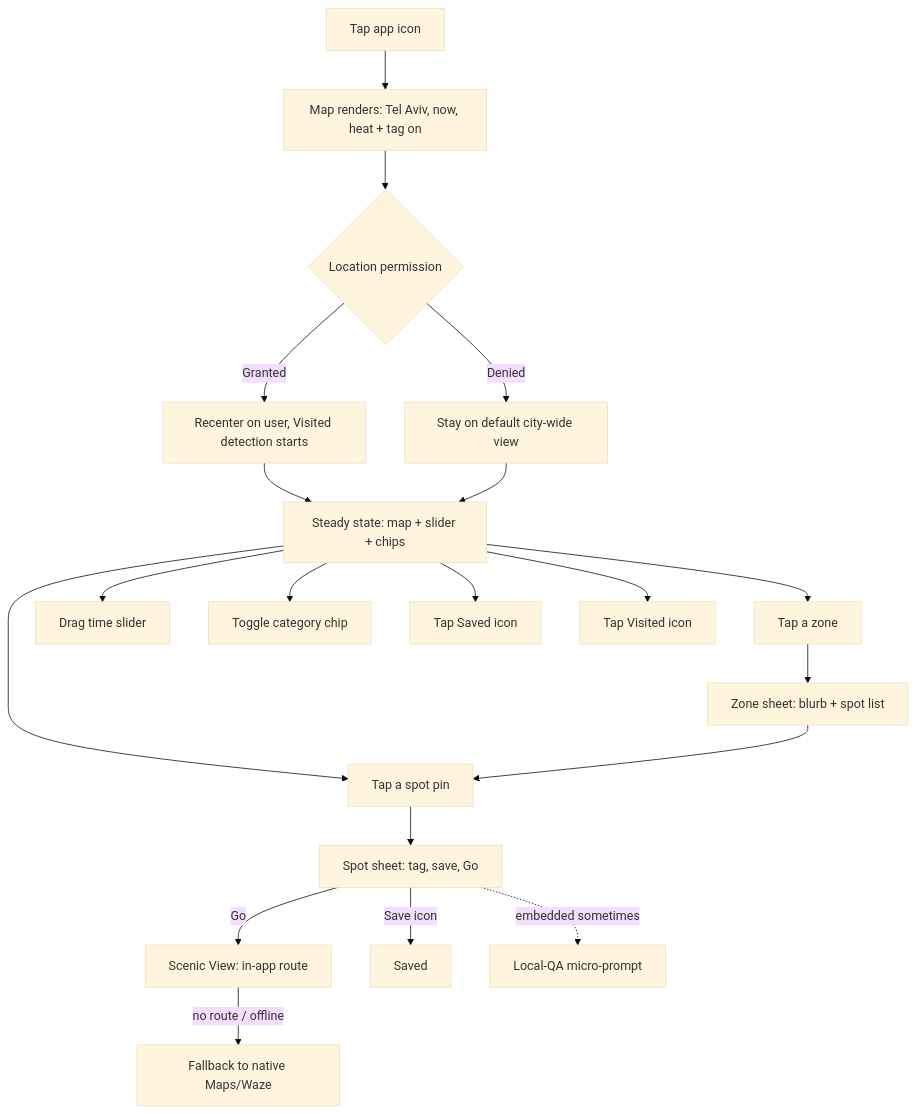
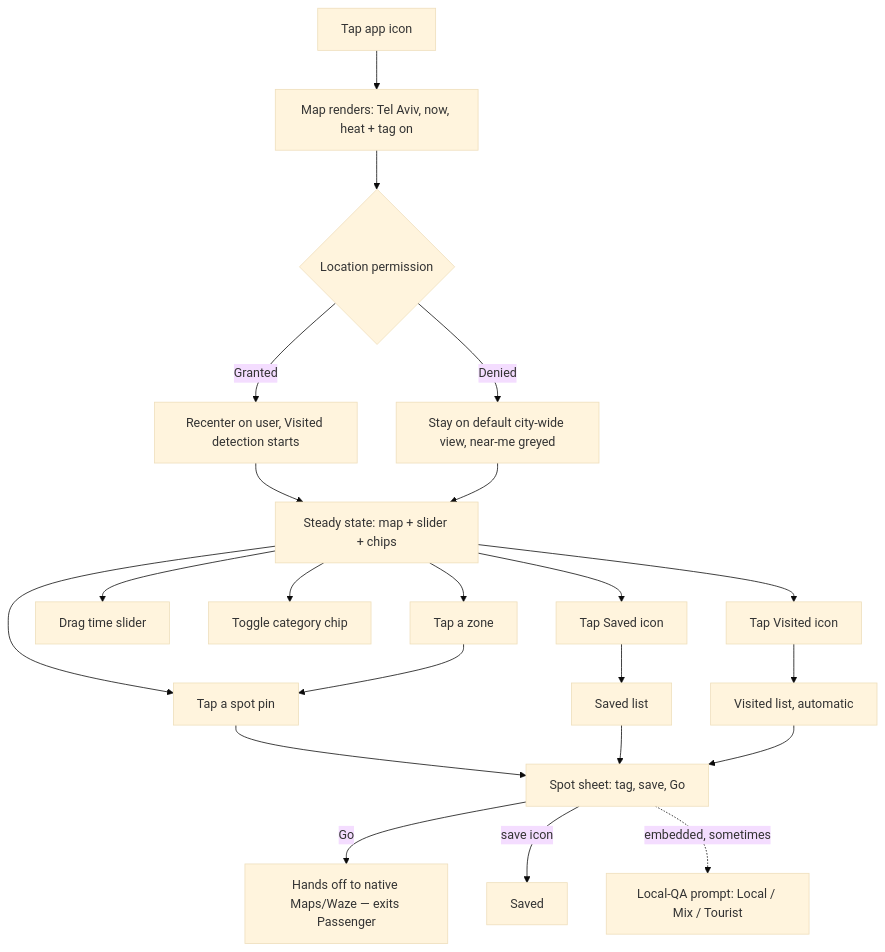
Before and after one commit to AviranGrisaro/passenger-brain: the first of 2 diagrams in design/ux-flows.md, drawn with Mermaid (base theme). The commit also changed other lines of this file and 1 other file, not shown here.

First line of the commit message:
docs: resolve UX flows conflict, restructure around end-to-end journeys

````diff
--- a/design/ux-flows.md
+++ b/design/ux-flows.md
@@ -166,22 +181,22 @@
 ```mermaid
 flowchart TD
     A[Tap app icon] --> B[Map renders: Tel Aviv, now, heat + tag on]
     B --> C{Location permission}
     C -->|Granted| D[Recenter on user, Visited detection starts]
-    C -->|Denied| E[Stay on default city-wide view]
+    C -->|Denied| E[Stay on default city-wide view, near-me greyed]
     D --> F[Steady state: map + slider + chips]
     E --> F
     F --> G[Tap a zone]
     F --> H[Tap a spot pin]
     F --> I[Drag time slider]
     F --> J[Toggle category chip]
     F --> K[Tap Saved icon]
     F --> L[Tap Visited icon]
-    G --> M[Zone sheet: blurb + spot list]
-    M --> H
-    H --> N[Spot sheet: tag, save, Go]
-    N -->|Go| O[Scenic View: in-app route]
-    N -->|Save icon| P[Saved]
-    O -->|no route / offline| Q[Fallback to native Maps/Waze]
-    N -.embedded sometimes.-> R[Local-QA micro-prompt]
+    G --> H
+    H --> M[Spot sheet: tag, save, Go]
+    M -->|Go| N[Hands off to native Maps/Waze — exits Passenger]
+    M -->|save icon| O[Saved]
+    K --> P[Saved list] --> M
+    L --> Q[Visited list, automatic] --> M
+    M -. embedded, sometimes .-> R["Local-QA prompt: Local / Mix / Tourist"]
 ```
````
